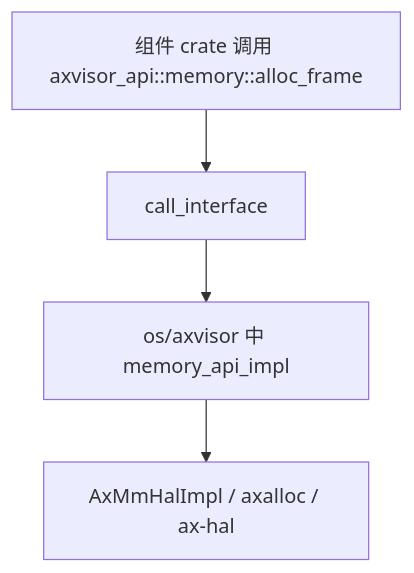
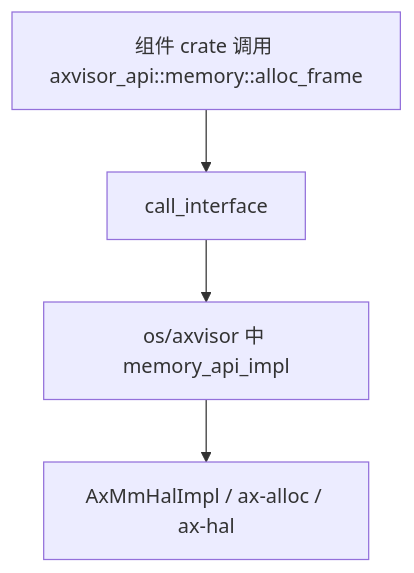
The first of 2 diagrams in docs/crates/axvisor_api.md (zKurisu/tgoskits), drawn with Mermaid before and after one commit. The commit also changed other lines of this file and 75 other files, not shown here.

Commit message:
rename axalloc to ax-alloc

````diff
--- a/docs/crates/axvisor_api.md
+++ b/docs/crates/axvisor_api.md
@@ -186,6 +186,6 @@
 ```mermaid
 flowchart TD
     A[组件 crate 调用 axvisor_api::memory::alloc_frame] --> B[call_interface]
     B --> C[os/axvisor 中 memory_api_impl]
-    C --> D[AxMmHalImpl / axalloc / ax-hal]
+    C --> D[AxMmHalImpl / ax-alloc / ax-hal]
 ```
````
